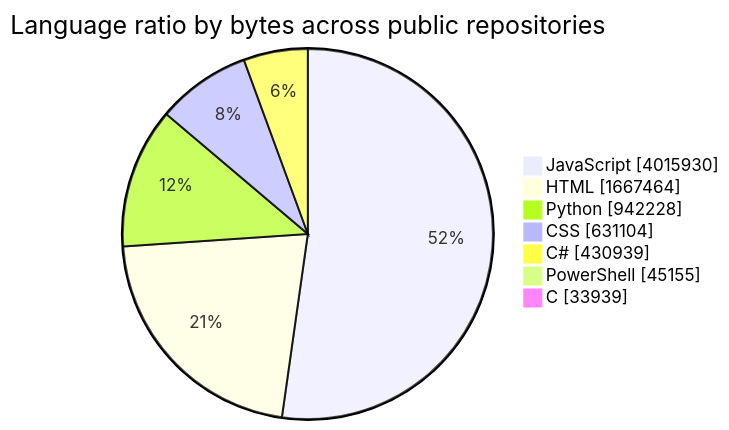
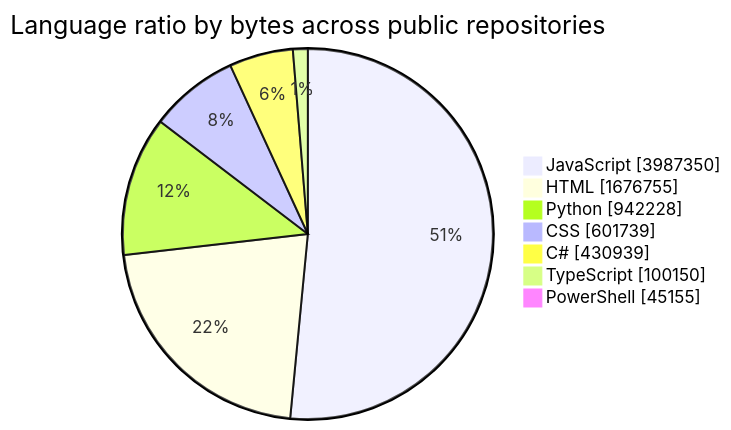
The first of 2 diagrams in README.md (tchinso/tchinso), drawn with Mermaid before and after one commit. The commit also changed other lines of this file, not shown here.

````diff
--- a/README.md
+++ b/README.md
@@ -24,11 +24,11 @@
 ```mermaid
 pie showData
     title Language ratio by bytes across public repositories
-    "JavaScript" : 4015930
-    "HTML" : 1667464
+    "JavaScript" : 3987350
+    "HTML" : 1676755
     "Python" : 942228
-    "CSS" : 631104
+    "CSS" : 601739
     "C#" : 430939
+    "TypeScript" : 100150
     "PowerShell" : 45155
-    "C" : 33939
 ```
````
